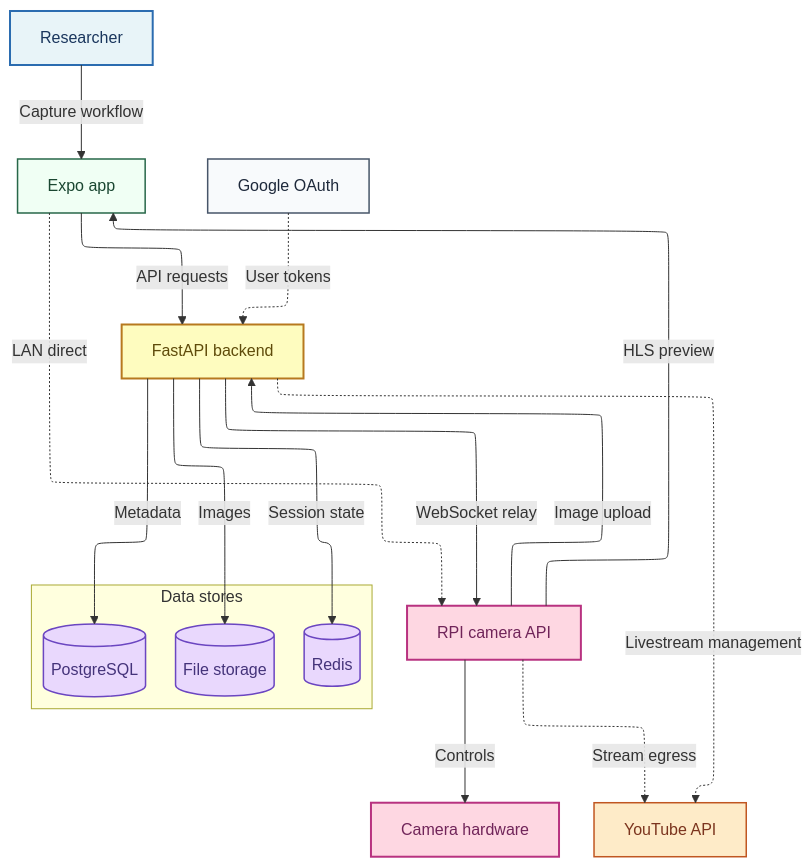
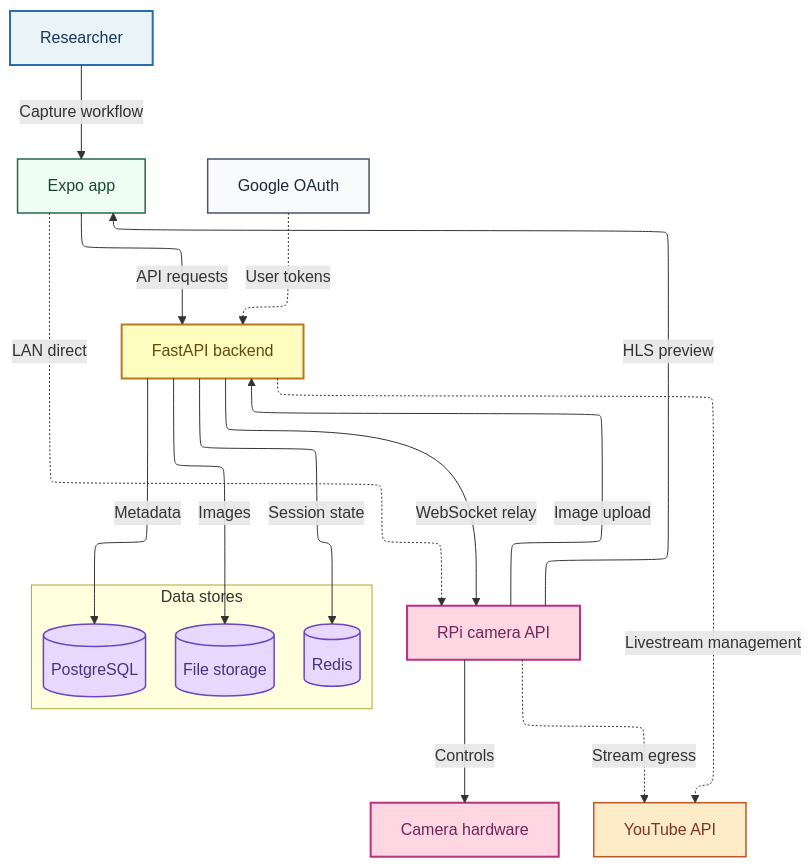
One commit to CMLPlatform/relab changed the first of 2 diagrams in docs/src/content/docs/architecture/rpi-cam.mdx. Above: the diagram before and after it, drawn with Mermaid. The commit also changed other lines of this file and 60 other files, not shown here.

````diff
--- a/docs/src/content/docs/architecture/rpi-cam.mdx
+++ b/docs/src/content/docs/architecture/rpi-cam.mdx
@@ -12,47 +12,47 @@
 ```mermaid
 ---
 config:
     layout: elk
 ---
 graph TD
     Researcher["Researcher"] -->|Capture workflow| FrontendApp["Expo app"]
     FrontendApp -->|API requests| MainAPI["FastAPI backend"]
 
-    MainAPI -->|WebSocket relay| RpiCamAPI["RPI camera API"]
+    MainAPI -->|WebSocket relay| RpiCamAPI["RPi camera API"]
     FrontendApp -.->|LAN direct| RpiCamAPI
     RpiCamAPI -->|Controls| Camera["Camera hardware"]
 
     RpiCamAPI -->|HLS preview| FrontendApp
     RpiCamAPI -.->|Stream egress| YouTube["YouTube API"]
     RpiCamAPI -->|Image upload| MainAPI
 
     GoogleOAuth["Google OAuth"] -.->|User tokens| MainAPI
     MainAPI -.->|Livestream management| YouTube
 
     subgraph DataStores ["Data stores"]
         Database[("PostgreSQL")]
         FileStorage[("File storage")]
         Redis[("Redis")]
     end
 
     MainAPI -->|Metadata| Database
     MainAPI -->|Images| FileStorage
     MainAPI -->|Session state| Redis
 
     classDef actor fill:#e8f4f8,stroke:#2b6cb0,stroke-width:2px,color:#1a365d
     classDef frontend fill:#f0fff4,stroke:#276749,stroke-width:1.5px,color:#1a4731
     classDef backend fill:#fefcbf,stroke:#b7791f,stroke-width:2px,color:#5f4b0a
     classDef datastore fill:#e9d8fd,stroke:#6b46c1,stroke-width:1.5px,color:#44337a
     classDef external fill:#feebc8,stroke:#c05621,stroke-width:1.5px,color:#7b341e
     classDef hardware fill:#fed7e2,stroke:#b83280,stroke-width:2px,color:#702459
     classDef auth fill:#f8fafc,stroke:#475569,stroke-width:1.5px,color:#1e293b
 
     class Researcher actor
     class FrontendApp frontend
     class MainAPI backend
     class Database,FileStorage,Redis datastore
 
     class YouTube external
     class GoogleOAuth auth
     class RpiCamAPI,Camera hardware
 ```
````
